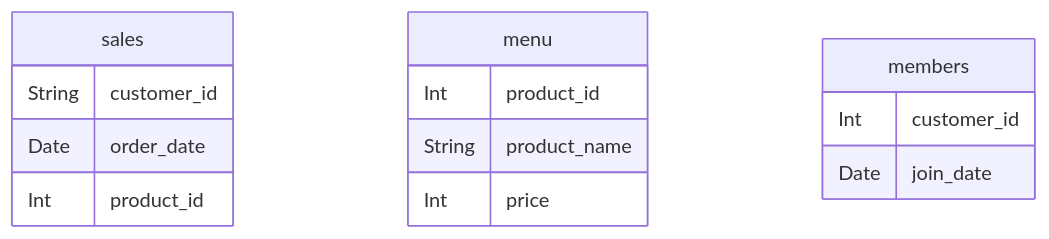
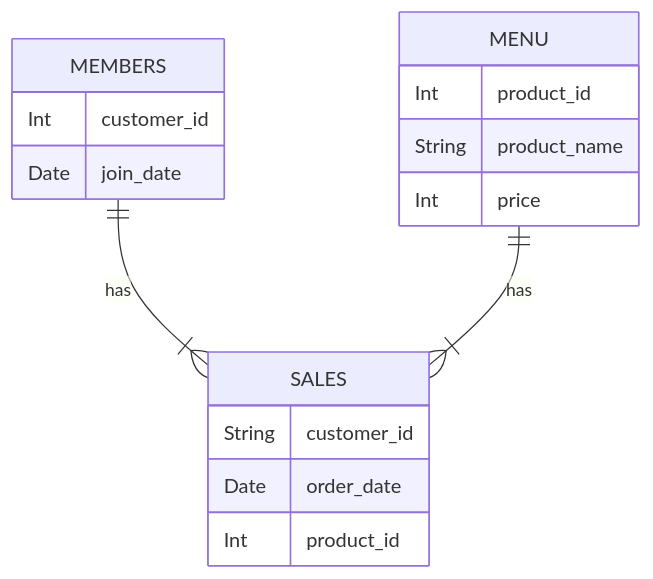
One commit to bokw/8_Week_SQL_Challenge changed the diagram in Case study #1 - Danny's Diner/README.md. Above: the diagram before and after it, drawn with Mermaid.

````diff
--- a/Case study #1 - Danny's Diner/README.md
+++ b/Case study #1 - Danny's Diner/README.md
@@ -10,19 +10,21 @@
 ```mermaid
 erDiagram
-    sales {
+    SALES {
         String customer_id 
         Date order_date
         Int product_id
     }
 
-    menu {
+    MENU {
         Int product_id
         String product_name
 	Int price
     }
 
-    members {
+    MEMBERS {
         Int customer_id
         Date join_date
     }
+MEMBERS ||--|{ SALES : has
+MENU ||--|{ SALES : has
 ```
````
